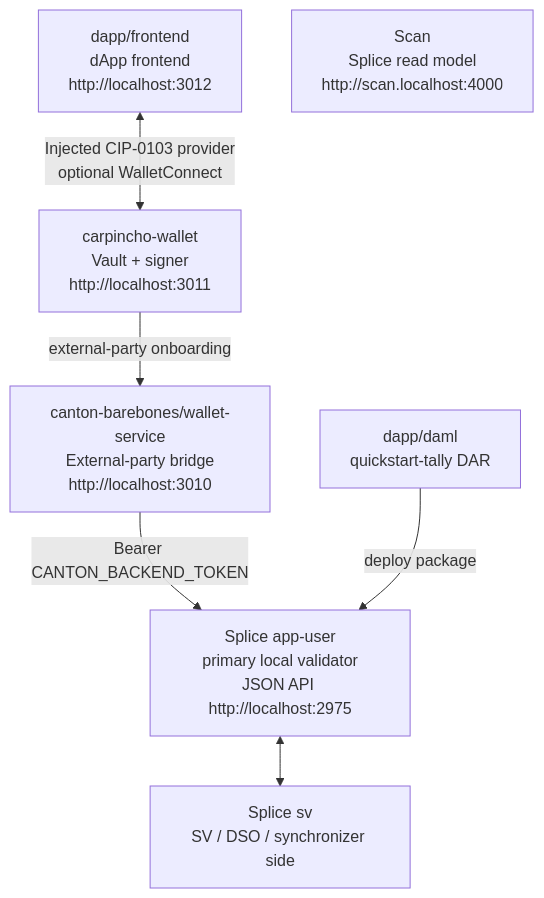
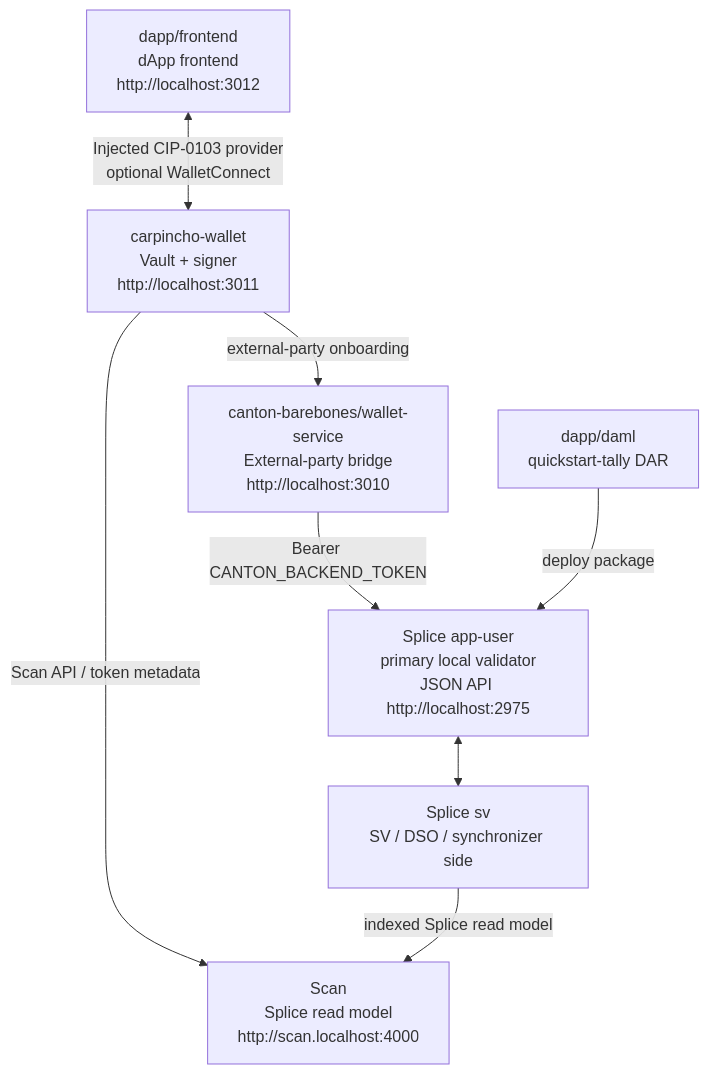
Before and after one commit to BootNodeDev/cn-dappbooster: the diagram in README.md, drawn with Mermaid.

Commit message:
docs: fix readme mermaid chart

````diff
--- a/README.md
+++ b/README.md
@@ -5,16 +5,18 @@
 ```mermaid
 flowchart TD
   fe["dapp/frontend<br/>dApp frontend<br/>http://localhost:3012"]
   wallet["carpincho-wallet<br/>Vault + signer<br/>http://localhost:3011"]
   ws["canton-barebones/wallet-service<br/>External-party bridge<br/>http://localhost:3010"]
   au["Splice app-user<br/>primary local validator<br/>JSON API http://localhost:2975"]
   sv["Splice sv<br/>SV / DSO / synchronizer side"]
   scan["Scan<br/>Splice read model<br/>http://scan.localhost:4000"]
   dar["dapp/daml<br/>quickstart-tally DAR"]
 
   fe <-->|"Injected CIP-0103 provider<br/>optional WalletConnect"| wallet
   wallet -->|"external-party onboarding"| ws
+  wallet -->|"Scan API / token metadata"| scan
   ws -->|"Bearer CANTON_BACKEND_TOKEN"| au
   au <--> sv
+  sv -->|"indexed Splice read model"| scan
   dar -->|"deploy package"| au
 ```
````
